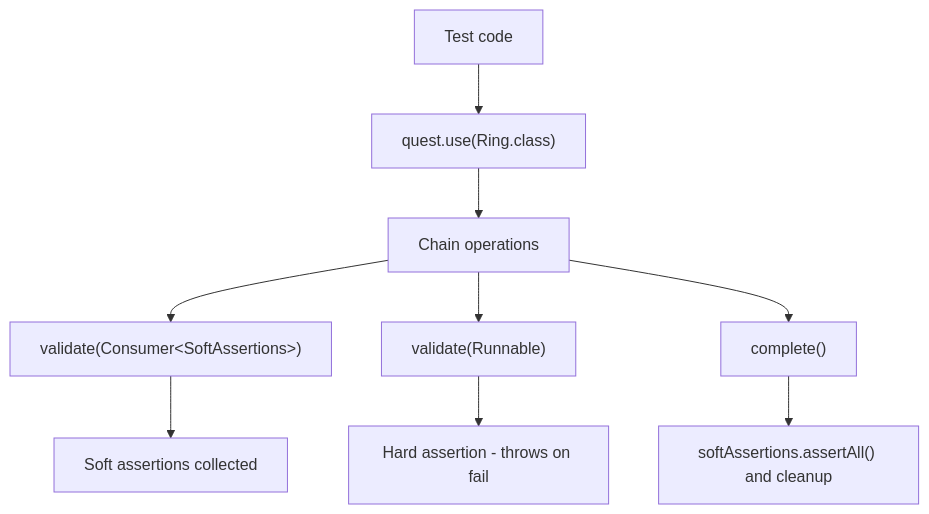
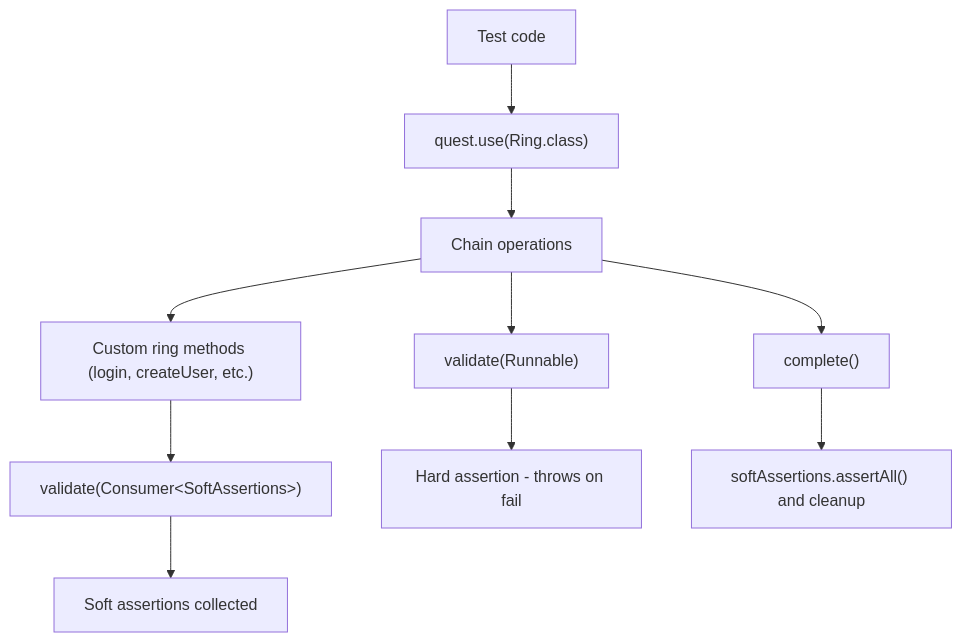
Before and after one commit to CyborgCodeSyndicate/roa-libraries: the fourth of 9 diagrams in test-framework/README.md, drawn with Mermaid. The commit also changed other lines of this file and 3 other files, not shown here.

````diff
--- a/test-framework/README.md
+++ b/test-framework/README.md
@@ -234,11 +292,12 @@
 ```mermaid
 graph TB
     A["Test code"] --> B["quest.use(Ring.class)"]
     B --> C["Chain operations"]
-    C --> D["validate(Consumer&lt;SoftAssertions&gt;)"]
+    C --> C1["Custom ring methods (login, createUser, etc.)"]
+    C1 --> D["validate(Consumer&lt;SoftAssertions&gt;)"]
     D --> E["Soft assertions collected"]
     C --> F["validate(Runnable)"]
     F --> G["Hard assertion - throws on fail"]
     C --> H["complete()"]
     H --> I["softAssertions.assertAll() and cleanup"]
 ```
````
